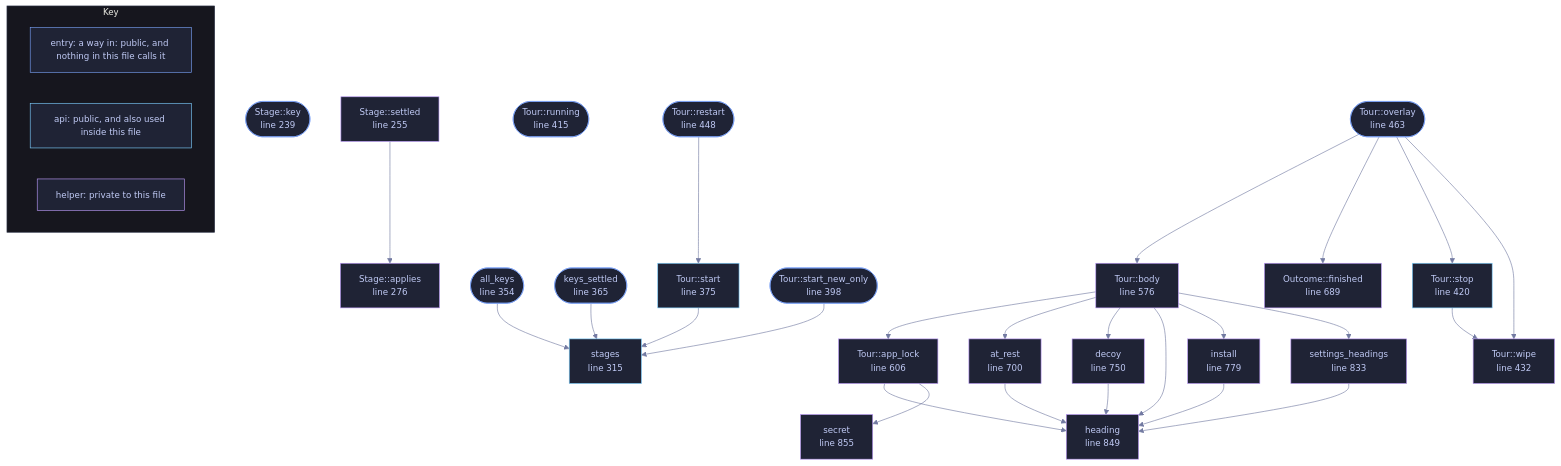
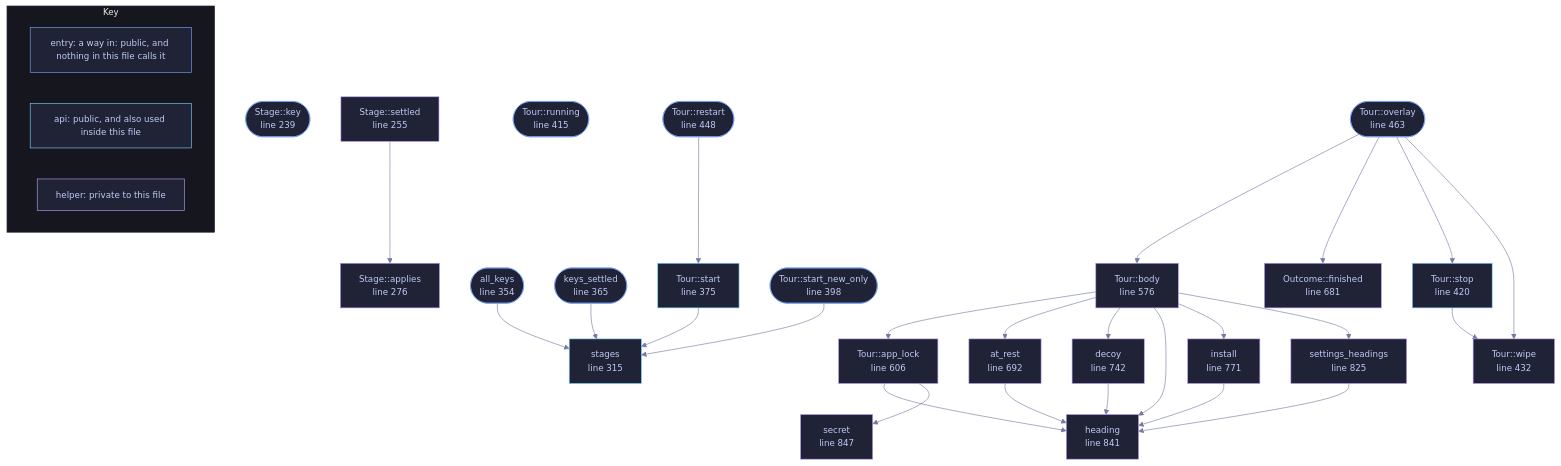
The diagram in docs/files/veilvoice-gui/tour.md (tilas01/veilvoice), drawn with Mermaid before and after one commit. The commit also changed other lines of this file and 514 other files, not shown here.

```diff
--- a/docs/files/veilvoice-gui/tour.md
+++ b/docs/files/veilvoice-gui/tour.md
@@ -190,13 +190,13 @@
     n_overlay(["Tour::overlay<br/>line 463"])
     n_body["Tour::body<br/>line 576"]
     n_app_lock["Tour::app_lock<br/>line 606"]
-    n_finished["Outcome::finished<br/>line 689"]
-    n_at_rest["at_rest<br/>line 700"]
-    n_decoy["decoy<br/>line 750"]
-    n_install["install<br/>line 779"]
-    n_settings_headings["settings_headings<br/>line 833"]
-    n_heading["heading<br/>line 849"]
-    n_secret["secret<br/>line 855"]
+    n_finished["Outcome::finished<br/>line 681"]
+    n_at_rest["at_rest<br/>line 692"]
+    n_decoy["decoy<br/>line 742"]
+    n_install["install<br/>line 771"]
+    n_settings_headings["settings_headings<br/>line 825"]
+    n_heading["heading<br/>line 841"]
+    n_secret["secret<br/>line 847"]
     n_all_keys --> n_stages
     n_app_lock --> n_heading
     n_app_lock --> n_secret
@@ -235,13 +235,13 @@
     click n_overlay href "https://github.com/tilas01/veilvoice/blob/main/crates/veilvoice-gui/src/tour.rs#L463" "open the source"
     click n_body href "https://github.com/tilas01/veilvoice/blob/main/crates/veilvoice-gui/src/tour.rs#L576" "open the source"
     click n_app_lock href "https://github.com/tilas01/veilvoice/blob/main/crates/veilvoice-gui/src/tour.rs#L606" "open the source"
-    click n_finished href "https://github.com/tilas01/veilvoice/blob/main/crates/veilvoice-gui/src/tour.rs#L689" "open the source"
-    click n_at_rest href "https://github.com/tilas01/veilvoice/blob/main/crates/veilvoice-gui/src/tour.rs#L700" "open the source"
-    click n_decoy href "https://github.com/tilas01/veilvoice/blob/main/crates/veilvoice-gui/src/tour.rs#L750" "open the source"
-    click n_install href "https://github.com/tilas01/veilvoice/blob/main/crates/veilvoice-gui/src/tour.rs#L779" "open the source"
-    click n_settings_headings href "https://github.com/tilas01/veilvoice/blob/main/crates/veilvoice-gui/src/tour.rs#L833" "open the source"
-    click n_heading href "https://github.com/tilas01/veilvoice/blob/main/crates/veilvoice-gui/src/tour.rs#L849" "open the source"
-    click n_secret href "https://github.com/tilas01/veilvoice/blob/main/crates/veilvoice-gui/src/tour.rs#L855" "open the source"
+    click n_finished href "https://github.com/tilas01/veilvoice/blob/main/crates/veilvoice-gui/src/tour.rs#L681" "open the source"
+    click n_at_rest href "https://github.com/tilas01/veilvoice/blob/main/crates/veilvoice-gui/src/tour.rs#L692" "open the source"
+    click n_decoy href "https://github.com/tilas01/veilvoice/blob/main/crates/veilvoice-gui/src/tour.rs#L742" "open the source"
+    click n_install href "https://github.com/tilas01/veilvoice/blob/main/crates/veilvoice-gui/src/tour.rs#L771" "open the source"
+    click n_settings_headings href "https://github.com/tilas01/veilvoice/blob/main/crates/veilvoice-gui/src/tour.rs#L825" "open the source"
+    click n_heading href "https://github.com/tilas01/veilvoice/blob/main/crates/veilvoice-gui/src/tour.rs#L841" "open the source"
+    click n_secret href "https://github.com/tilas01/veilvoice/blob/main/crates/veilvoice-gui/src/tour.rs#L847" "open the source"
     classDef entry fill:#1f2335,stroke:#7aa2f7,color:#c0caf5
     class n_key,n_all_keys,n_keys_settled,n_start_new_only,n_running,n_restart,n_overlay entry
     classDef api fill:#1f2335,stroke:#7dcfff,color:#c0caf5
```
